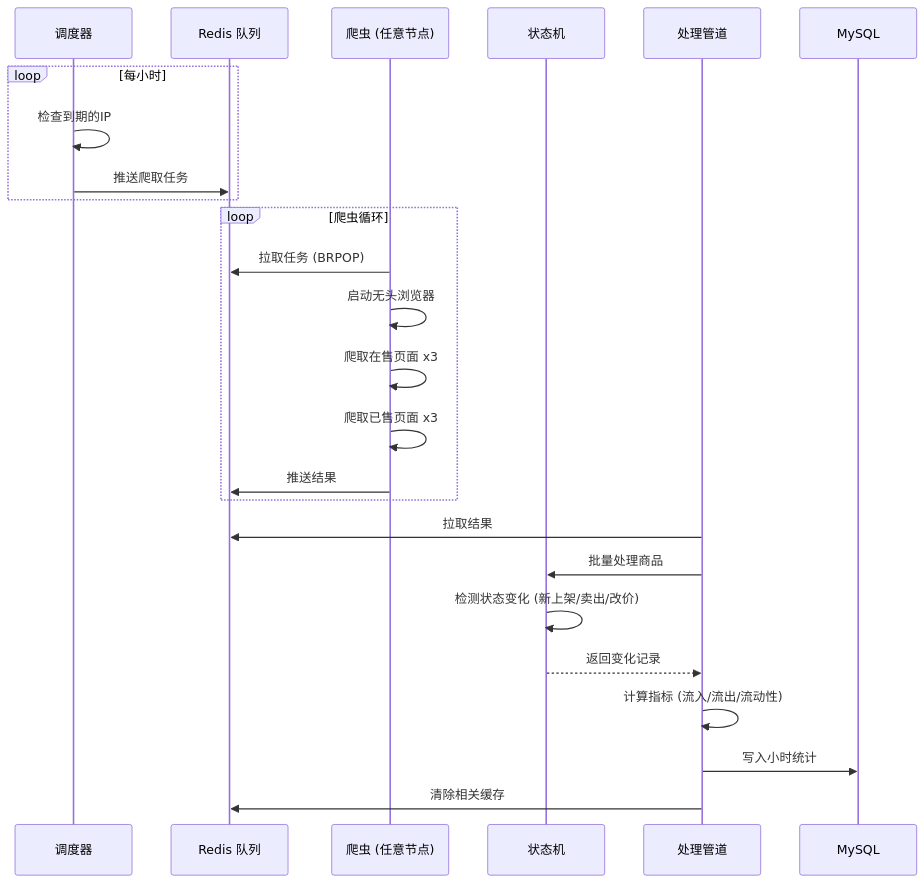
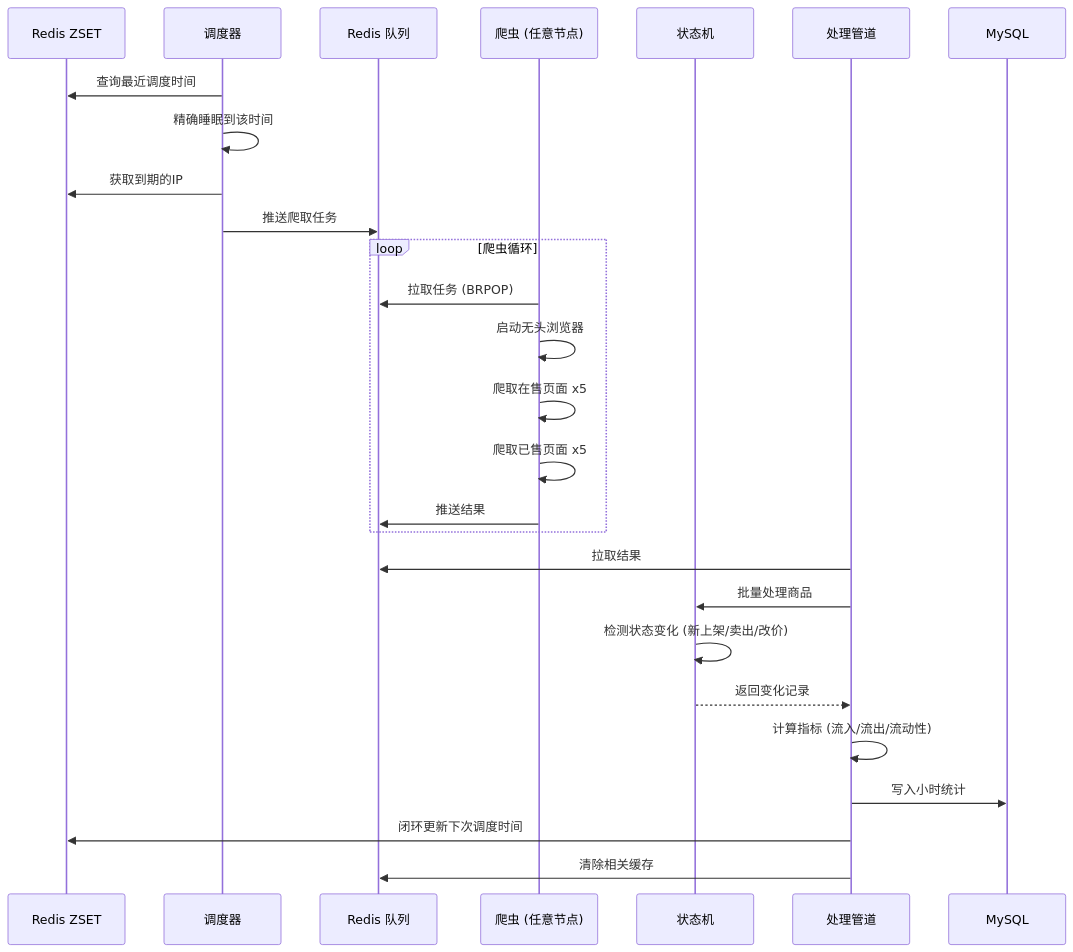
Before and after one commit to KahanaT800/animehot: the second of 2 diagrams in README.md, drawn with Mermaid. The commit also changed other lines of this file and 9 other files, not shown here.

````diff
--- a/README.md
+++ b/README.md
@@ -101,30 +101,32 @@
 ```mermaid
 sequenceDiagram
+    participant ZSET as Redis ZSET
     participant SCH as 调度器
     participant RQ as Redis 队列
     participant CRW as 爬虫 (任意节点)
     participant SM as 状态机
     participant PIP as 处理管道
     participant DB as MySQL
 
-    loop 每小时
-        SCH->>SCH: 检查到期的IP
-        SCH->>RQ: 推送爬取任务
-    end
+    SCH->>ZSET: 查询最近调度时间
+    SCH->>SCH: 精确睡眠到该时间
+    SCH->>ZSET: 获取到期的IP
+    SCH->>RQ: 推送爬取任务
 
     loop 爬虫循环
         CRW->>RQ: 拉取任务 (BRPOP)
         CRW->>CRW: 启动无头浏览器
-        CRW->>CRW: 爬取在售页面 x3
-        CRW->>CRW: 爬取已售页面 x3
+        CRW->>CRW: 爬取在售页面 x5
+        CRW->>CRW: 爬取已售页面 x5
         CRW->>RQ: 推送结果
     end
 
     PIP->>RQ: 拉取结果
     PIP->>SM: 批量处理商品
     SM->>SM: 检测状态变化 (新上架/卖出/改价)
     SM-->>PIP: 返回变化记录
     PIP->>PIP: 计算指标 (流入/流出/流动性)
     PIP->>DB: 写入小时统计
+    PIP->>ZSET: 闭环更新下次调度时间
     PIP->>RQ: 清除相关缓存
 ```
````
